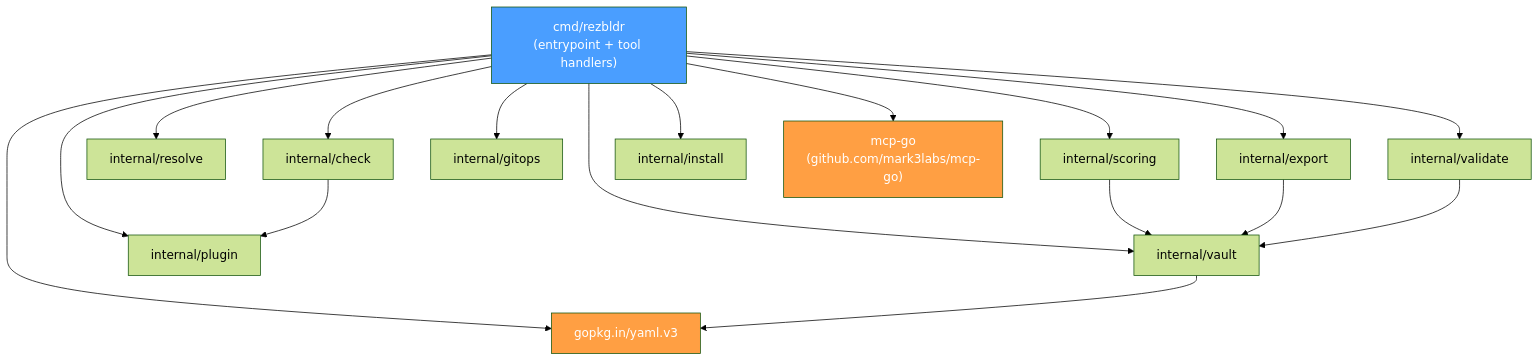
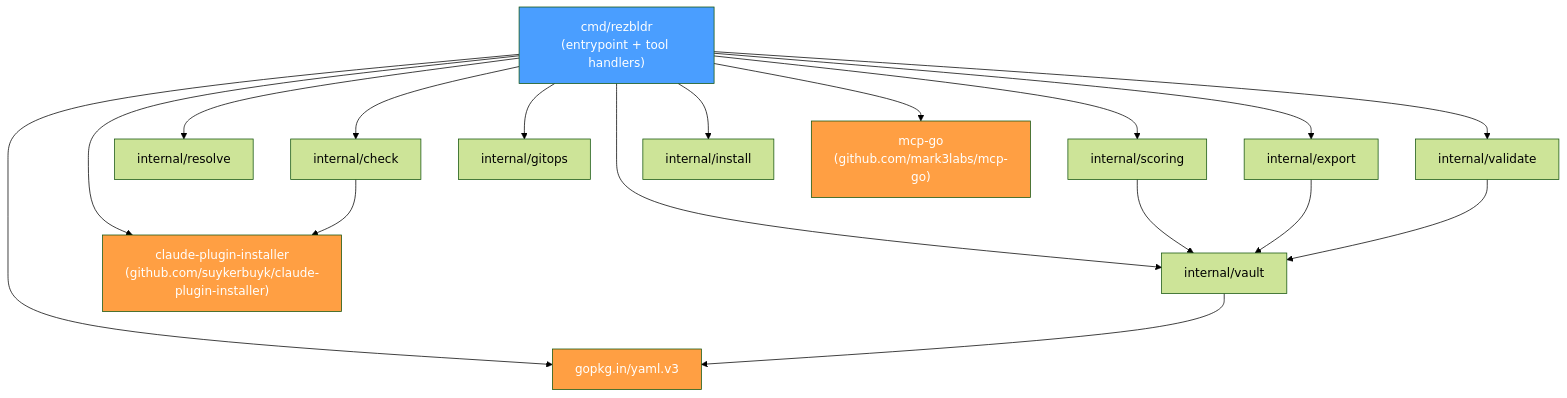
Before and after one commit to suykerbuyk/rezbldr: the first of 3 diagrams in doc/ARCHITECTURE.md, drawn with Mermaid (forest theme). The commit also changed other lines of this file and 16 other files, not shown here.

````diff
--- a/doc/ARCHITECTURE.md
+++ b/doc/ARCHITECTURE.md
@@ -30,27 +30,29 @@
 ```mermaid
 graph TD
     CMD["cmd/rezbldr<br/>(entrypoint + tool handlers)"]
 
     CMD --> VAULT["internal/vault"]
     CMD --> SCORING["internal/scoring"]
     CMD --> EXPORT["internal/export"]
     CMD --> RESOLVE["internal/resolve"]
     CMD --> VALIDATE["internal/validate"]
     CMD --> GITOPS["internal/gitops"]
     CMD --> CHECK["internal/check"]
     CMD --> INSTALL["internal/install"]
-    CMD --> PLUGIN["internal/plugin"]
 
     SCORING --> VAULT
     EXPORT --> VAULT
     VALIDATE --> VAULT
-    CHECK --> PLUGIN
+
+    CMD --> INSTALLER["claude-plugin-installer<br/>(github.com/suykerbuyk/claude-plugin-installer)"]
+    CHECK --> INSTALLER
 
     CMD --> MCPGO["mcp-go<br/>(github.com/mark3labs/mcp-go)"]
     CMD --> YAMLV3["gopkg.in/yaml.v3"]
     VAULT --> YAMLV3
 
     style CMD fill:#4a9eff,color:#fff
     style MCPGO fill:#ff9f43,color:#fff
     style YAMLV3 fill:#ff9f43,color:#fff
+    style INSTALLER fill:#ff9f43,color:#fff
 ```
````
